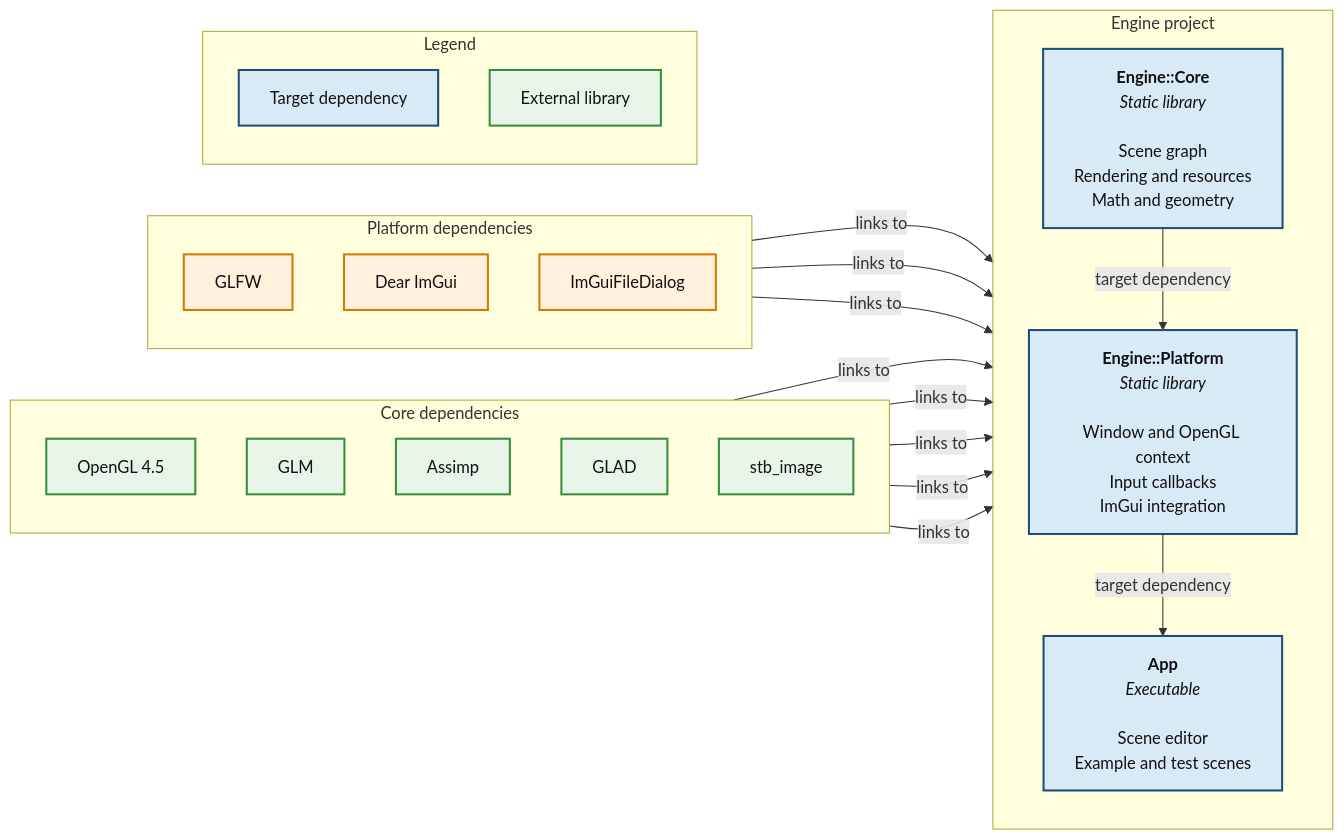
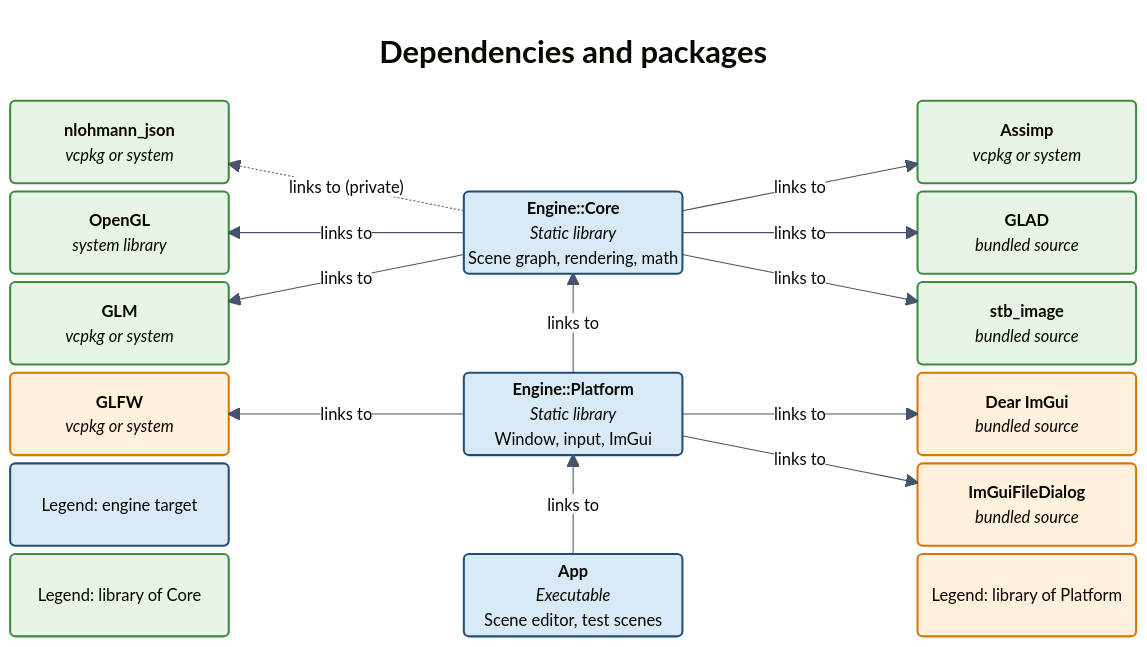
Before and after one commit to emartg/opengl-graphics-engine: the diagram in docs/diagrams/dependencies/dependencies_and_packages.mmd, drawn with Mermaid. The commit also changed 5 other files, not shown here.

```diff
--- a/docs/diagrams/dependencies/dependencies_and_packages.mmd
+++ b/docs/diagrams/dependencies/dependencies_and_packages.mmd
@@ -1,53 +1,41 @@
-flowchart LR
-    subgraph Engine["Engine project"]
-        direction TB
-        Core["<b>Engine::Core</b><br/><i>Static library</i><br/><br/>Scene graph<br/>Rendering and resources<br/>Math and geometry"]
-        Platform["<b>Engine::Platform</b><br/><i>Static library</i><br/><br/>Window and OpenGL context<br/>Input callbacks<br/>ImGui integration"]
-        App["<b>App</b><br/><i>Executable</i><br/><br/>Scene editor<br/>Example and test scenes"]
+---
+config:
+  fontFamily: "Segoe UI, Arial, sans-serif"
+  theme: base
+  themeVariables:
+    fontSize: 16px
+    lineColor: "#44546a"
+    edgeLabelBackground: "#ffffff"
+---
+block-beta
+    columns 5
 
-        Core -->|target dependency| Platform
-        Platform -->|target dependency| App
-    end
+    Title["Dependencies and packages"]:5
 
-    subgraph CoreDeps["Core dependencies"]
-        direction TB
-        OpenGL["OpenGL 4.5"]
-        GLM["GLM"]
-        Assimp["Assimp"]
-        GLAD["GLAD"]
-        STB["stb_image"]
-    end
+    JSON("<b>nlohmann_json</b><br/><i>vcpkg or system</i>") space:3 Assimp("<b>Assimp</b><br/><i>vcpkg or system</i>")
+    OpenGL("<b>OpenGL</b><br/><i>system library</i>") space Core("<b>Engine::Core</b><br/><i>Static library</i><br/>Scene graph, rendering, math") space GLAD("<b>GLAD</b><br/><i>bundled source</i>")
+    GLM("<b>GLM</b><br/><i>vcpkg or system</i>") space:3 STB("<b>stb_image</b><br/><i>bundled source</i>")
+    GLFW("<b>GLFW</b><br/><i>vcpkg or system</i>") space Platform("<b>Engine::Platform</b><br/><i>Static library</i><br/>Window, input, ImGui") space ImGui("<b>Dear ImGui</b><br/><i>bundled source</i>")
+    LegendTarget("Legend: engine target") space:3 FileDialog("<b>ImGuiFileDialog</b><br/><i>bundled source</i>")
+    LegendCore("Legend: library of Core") space App("<b>App</b><br/><i>Executable</i><br/>Scene editor, test scenes") space LegendPlatform("Legend: library of Platform")
 
-    subgraph PlatformDeps["Platform dependencies"]
-        direction TB
-        GLFW["GLFW"]
-        ImGui["Dear ImGui"]
-        FileDialog["ImGuiFileDialog"]
-    end
+    Core-. "links to (private)" .->JSON
+    Core-- "links to" -->OpenGL
+    Core-- "links to" -->GLM
+    Core-- "links to" -->Assimp
+    Core-- "links to" -->GLAD
+    Core-- "links to" -->STB
+    Platform-- "links to" -->Core
+    Platform-- "links to" -->GLFW
+    Platform-- "links to" -->ImGui
+    Platform-- "links to" -->FileDialog
+    App-- "links to" -->Platform
 
-    OpenGL -->|links to| Core
-    GLM -->|links to| Core
-    Assimp -->|links to| Core
-    GLAD -->|links to| Core
-    STB -->|links to| Core
-
-    GLFW -->|links to| Platform
-    ImGui -->|links to| Platform
-    FileDialog -->|links to| Platform
-
-    subgraph Legend["Legend"]
-        direction TB
-        Target["Target dependency"]
-        External["External library"]
-    end
-
-    classDef module fill:#d9eaf7,stroke:#1f4e79,stroke-width:2px,color:#111;
-    classDef coreDependency fill:#e8f4e8,stroke:#388e3c,stroke-width:2px,color:#111;
-    classDef platformDependency fill:#fff1dc,stroke:#d97706,stroke-width:2px,color:#111;
-    classDef legendTarget fill:#d9eaf7,stroke:#1f4e79,stroke-width:2px,color:#111;
-    classDef legendExternal fill:#e8f4e8,stroke:#388e3c,stroke-width:2px,color:#111;
-    class Core,Platform,App module;
-    class OpenGL,GLM,Assimp,GLAD,STB coreDependency;
-    class GLFW,ImGui,FileDialog platformDependency;
-    class Target legendTarget;
-    class External legendExternal;
+    classDef target fill:#d9eaf7,stroke:#1f4e79,stroke-width:2px,color:#111
+    classDef coreLibrary fill:#e8f4e8,stroke:#388e3c,stroke-width:2px,color:#111
+    classDef platformLibrary fill:#fff1dc,stroke:#d97706,stroke-width:2px,color:#111
+    classDef heading fill:#ffffff,stroke:#ffffff,color:#111,font-size:30px,font-weight:bold
+    class Core,Platform,App,LegendTarget target
+    class JSON,OpenGL,GLM,Assimp,GLAD,STB,LegendCore coreLibrary
+    class GLFW,ImGui,FileDialog,LegendPlatform platformLibrary
+    class Title heading
```
